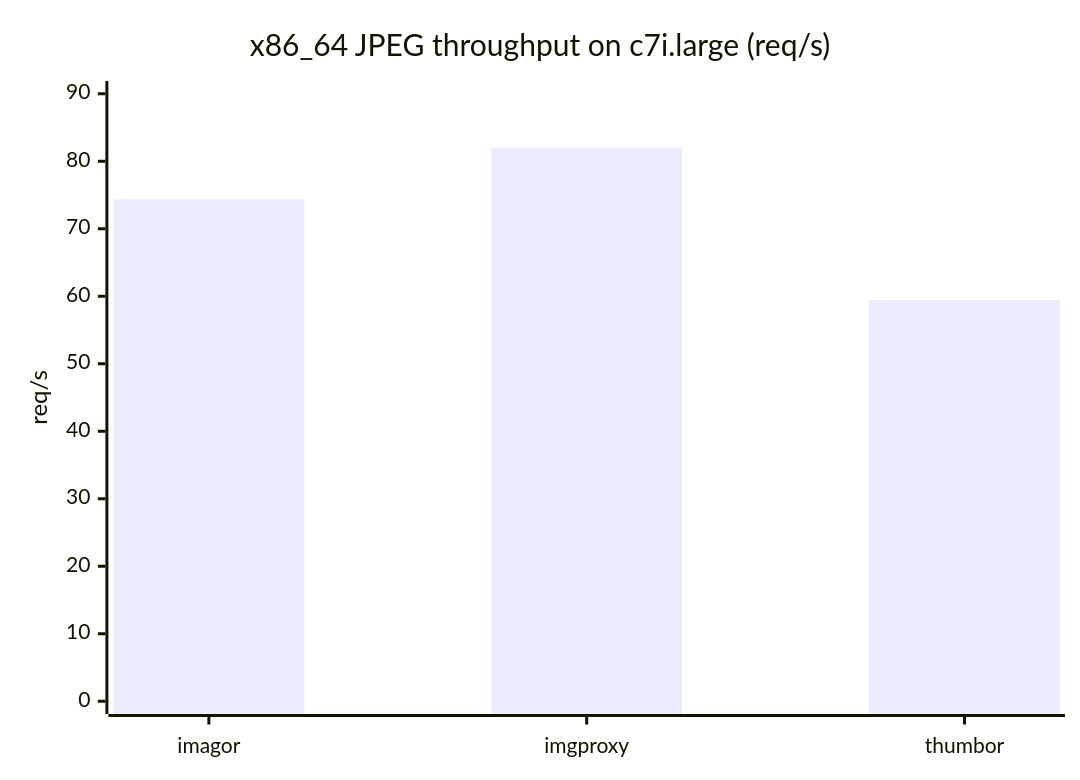
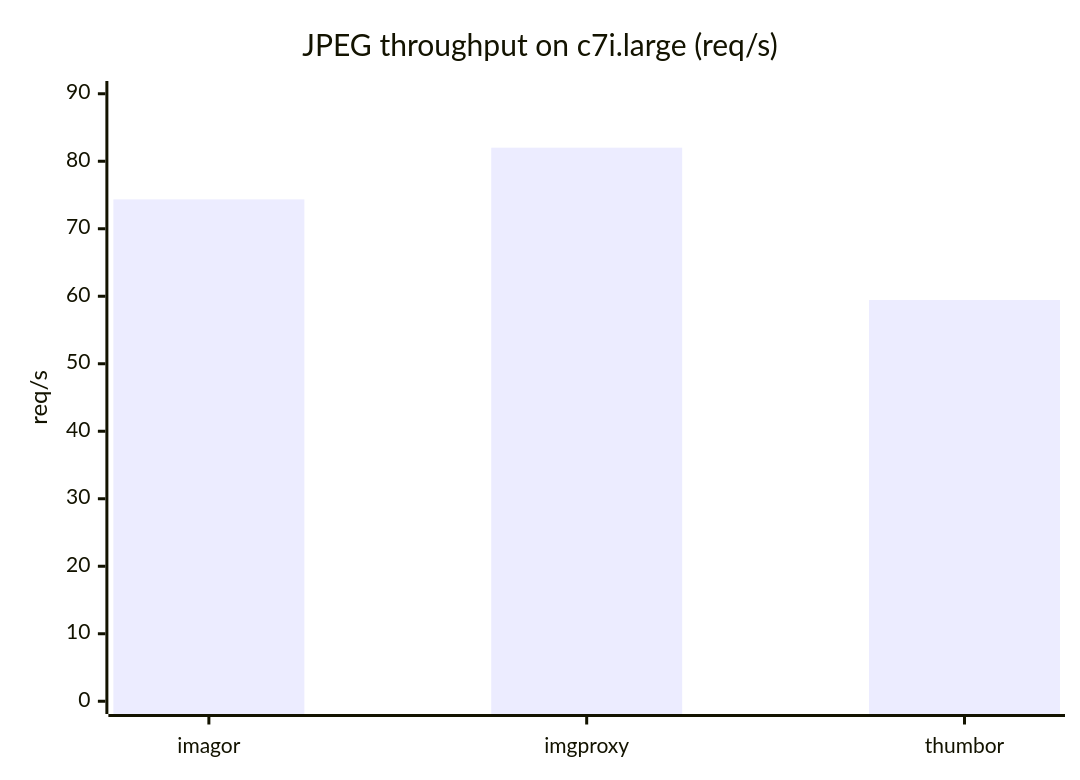
One commit to l3dlp-sandbox/imagor changed the second of 5 diagrams in docs/docs/benchmarks.mdx. Above: the diagram before and after it, drawn with Mermaid. The commit also changed other lines of this file, not shown here.

````diff
--- a/docs/docs/benchmarks.mdx
+++ b/docs/docs/benchmarks.mdx
@@ -45,7 +43,7 @@
 ```mermaid
 xychart-beta
-  title "x86_64 JPEG throughput on c7i.large (req/s)"
+  title "JPEG throughput on c7i.large (req/s)"
   x-axis [imagor, imgproxy, thumbor]
   y-axis "req/s" 0 --> 90
   bar "JPEG" [74.35, 82.01, 59.45]
 ```
````
